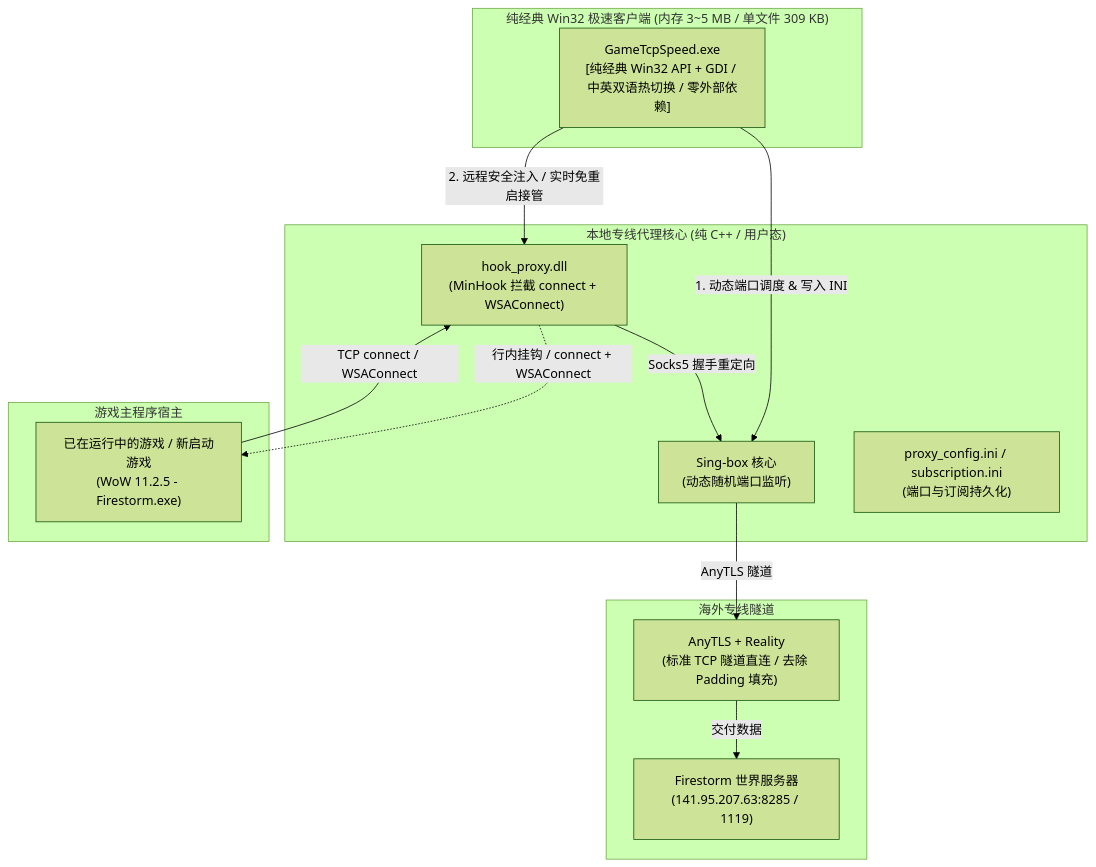
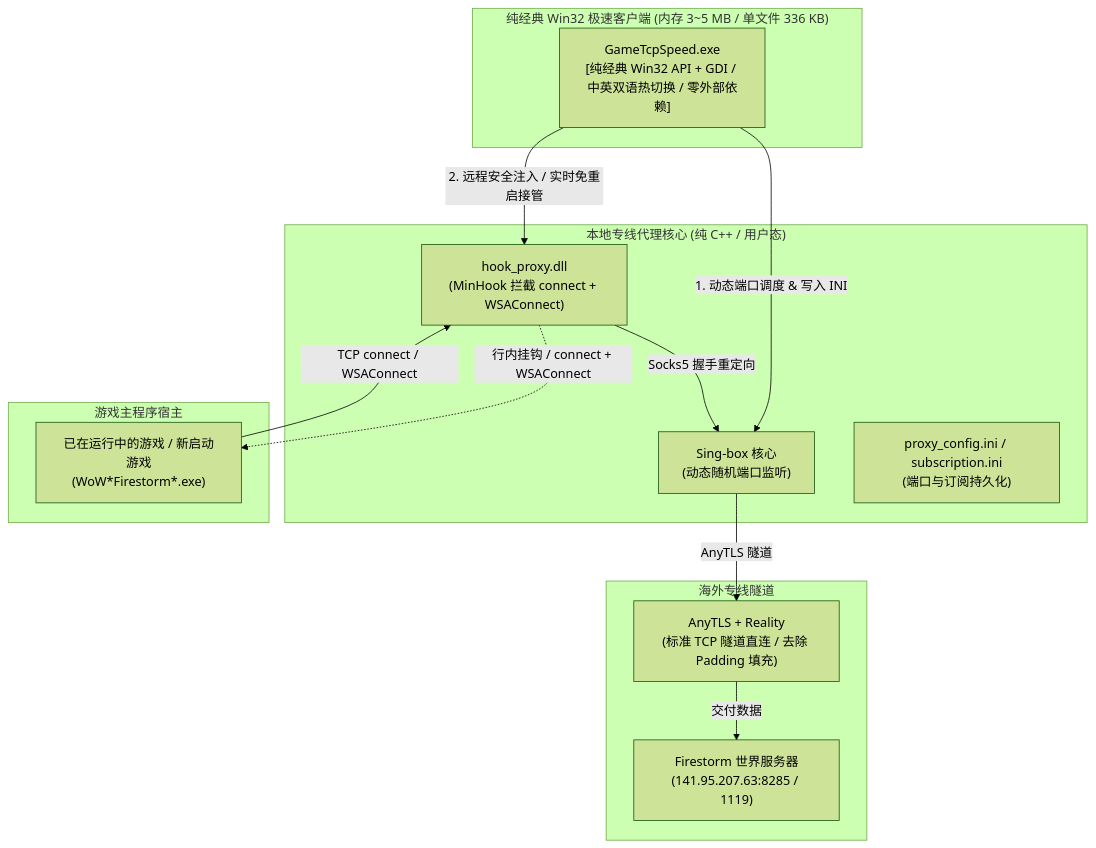
The diagram in README.md (fun3588/game-tcp-speed), drawn with Mermaid (forest theme) before and after one commit. The commit also changed other lines of this file and 12 other files, not shown here.

````diff
--- a/README.md
+++ b/README.md
@@ -84,29 +123,29 @@
 ```mermaid
 flowchart TD
-    subgraph UI_Layer["纯经典 Win32 极速客户端 (内存 3~5 MB / 单文件 309 KB)"]
+    subgraph UI_Layer["纯经典 Win32 极速客户端 (内存 3~5 MB / 单文件 336 KB)"]
         Win32App["GameTcpSpeed.exe\n[纯经典 Win32 API + GDI / 中英双语热切换 / 零外部依赖]"]
     end
 
     subgraph Hook_Layer["本地专线代理核心 (纯 C++ / 用户态)"]
         HookDLL["hook_proxy.dll\n(MinHook 拦截 connect + WSAConnect)"]
         SingBox["Sing-box 核心\n(动态随机端口监听)"]
         Config["proxy_config.ini / subscription.ini\n(端口与订阅持久化)"]
     end
 
     subgraph Game_Process["游戏主程序宿主"]
-        GameRunning["已在运行中的游戏 / 新启动游戏\n(WoW 11.2.5 - Firestorm.exe)"]
+        GameRunning["已在运行中的游戏 / 新启动游戏\n(WoW*Firestorm*.exe)"]
     end
 
     subgraph Uplink["海外专线隧道"]
         AnyTLS["AnyTLS + Reality\n(标准 TCP 隧道直连 / 去除 Padding 填充)"]
         RemoteServer["Firestorm 世界服务器\n(141.95.207.63:8285 / 1119)"]
     end
 
     Win32App -->|1. 动态端口调度 & 写入 INI| SingBox
     Win32App -->|2. 远程安全注入 / 实时免重启接管| HookDLL
     HookDLL -.->|行内挂钩 / connect + WSAConnect| GameRunning
     GameRunning -->|TCP connect / WSAConnect| HookDLL
     HookDLL -->|Socks5 握手重定向| SingBox
     SingBox -->|AnyTLS 隧道| AnyTLS
     AnyTLS -->|交付数据| RemoteServer
 ```
````
